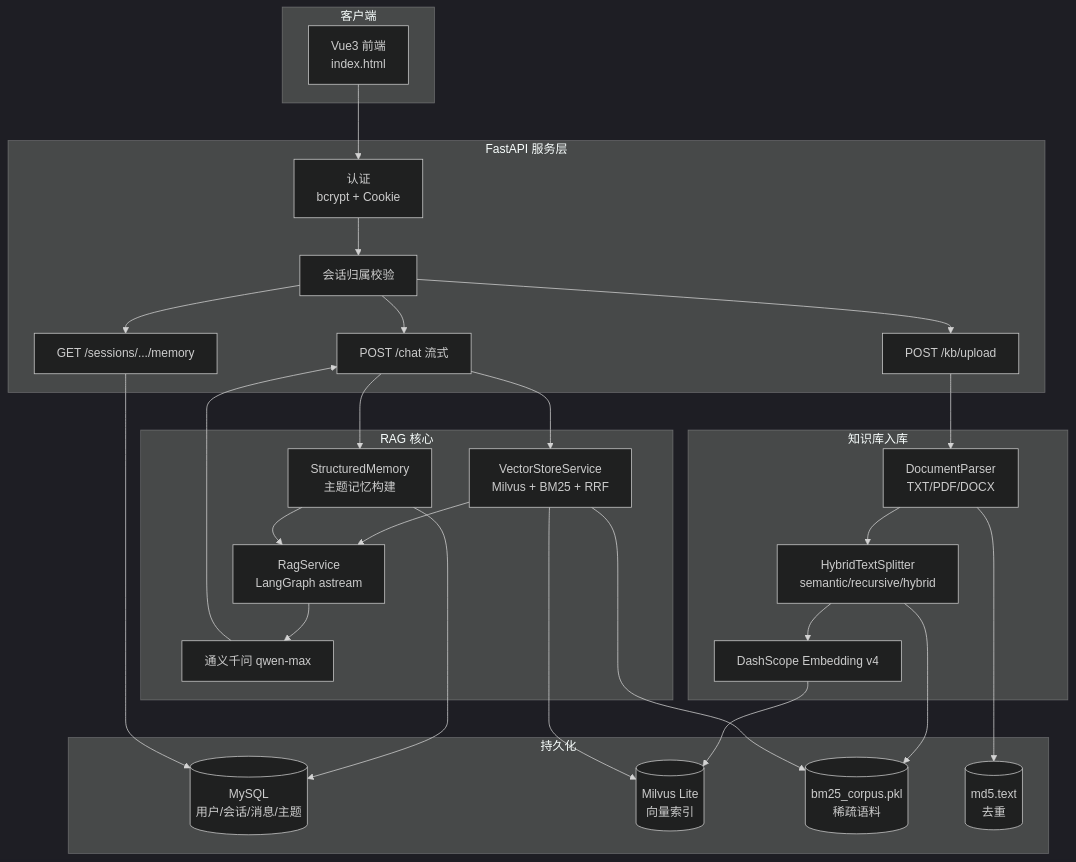
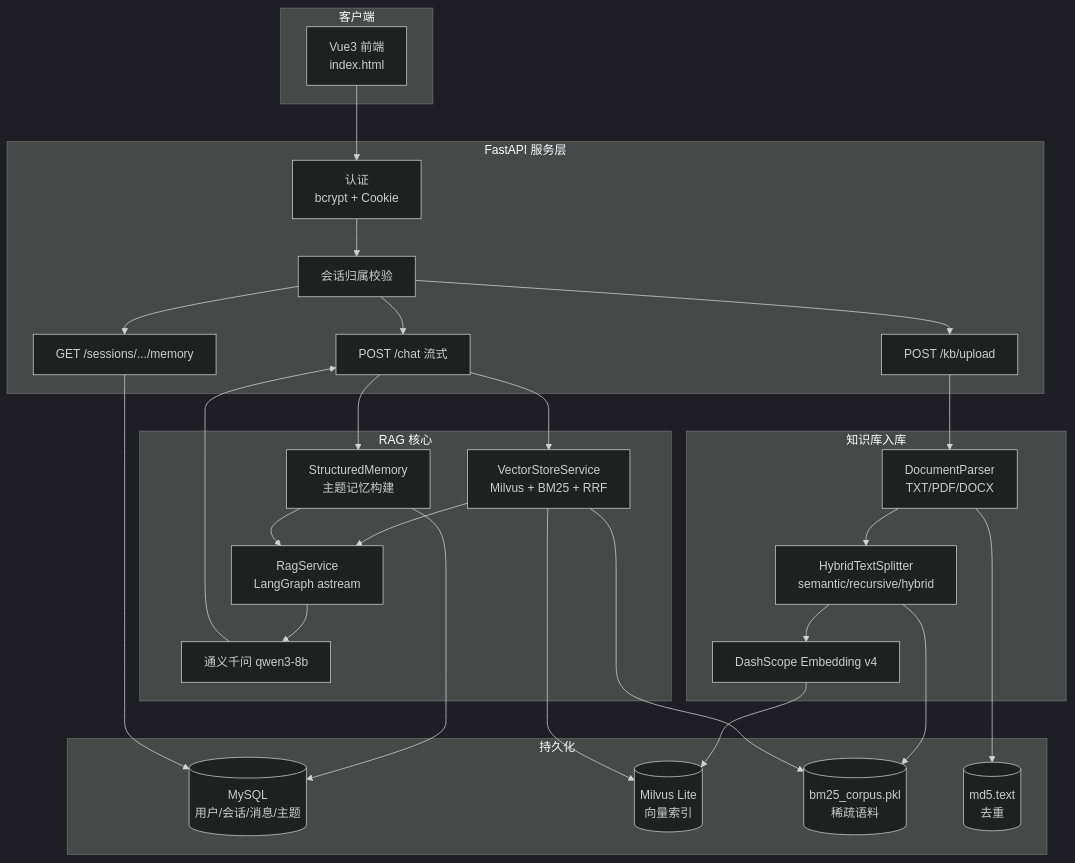
The second of 6 diagrams in README.md (wingwen/Mem-RAG), drawn with Mermaid (dark theme) before and after one commit. The commit also changed other lines of this file and 33 other files, not shown here.

````diff
--- a/README.md
+++ b/README.md
@@ -103,52 +85,52 @@
 ```mermaid
 flowchart TB
     subgraph Client["客户端"]
         WEB["Vue3 前端<br/>index.html"]
     end
 
     subgraph API["FastAPI 服务层"]
         AUTH["认证<br/>bcrypt + Cookie"]
         RBAC["会话归属校验"]
         CHAT["POST /chat 流式"]
         KB["POST /kb/upload"]
         MEM["GET /sessions/.../memory"]
     end
 
     subgraph Core["RAG 核心"]
         SM["StructuredMemory<br/>主题记忆构建"]
         VS["VectorStoreService<br/>Milvus + BM25 + RRF"]
         RAG["RagService<br/>LangGraph astream"]
-        LLM["通义千问 qwen-max"]
+        LLM["通义千问 qwen3-8b"]
     end
 
     subgraph Ingest["知识库入库"]
         PARSE["DocumentParser<br/>TXT/PDF/DOCX"]
         SPLIT["HybridTextSplitter<br/>semantic/recursive/hybrid"]
         EMB["DashScope Embedding v4"]
     end
 
     subgraph Store["持久化"]
         MYSQL[("MySQL<br/>用户/会话/消息/主题")]
         MILVUS[("Milvus Lite<br/>向量索引")]
         BM25F[("bm25_corpus.pkl<br/>稀疏语料")]
         MD5F[("md5.text<br/>去重")]
     end
 
     WEB --> AUTH
     AUTH --> RBAC
     RBAC --> CHAT & KB & MEM
     KB --> PARSE --> SPLIT --> EMB
     EMB --> MILVUS
     SPLIT --> BM25F
     PARSE --> MD5F
 
     CHAT --> SM
     SM --> MYSQL
     CHAT --> VS
     VS --> MILVUS & BM25F
     VS --> RAG
     SM --> RAG
     RAG --> LLM
     LLM --> CHAT
     MEM --> MYSQL
 ```
````
